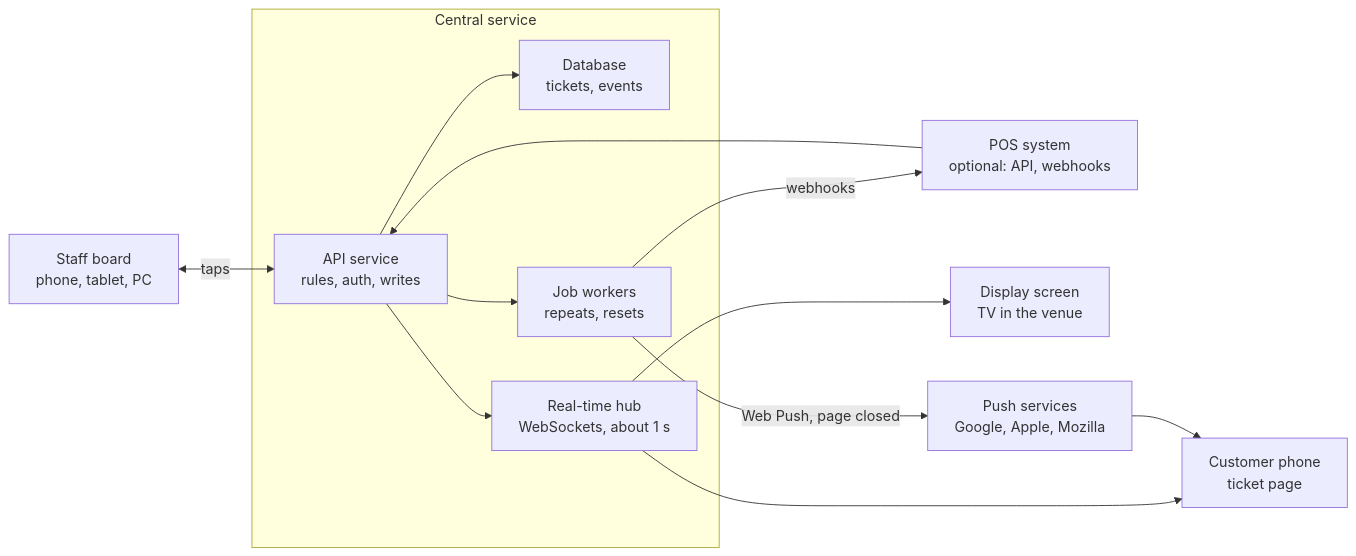
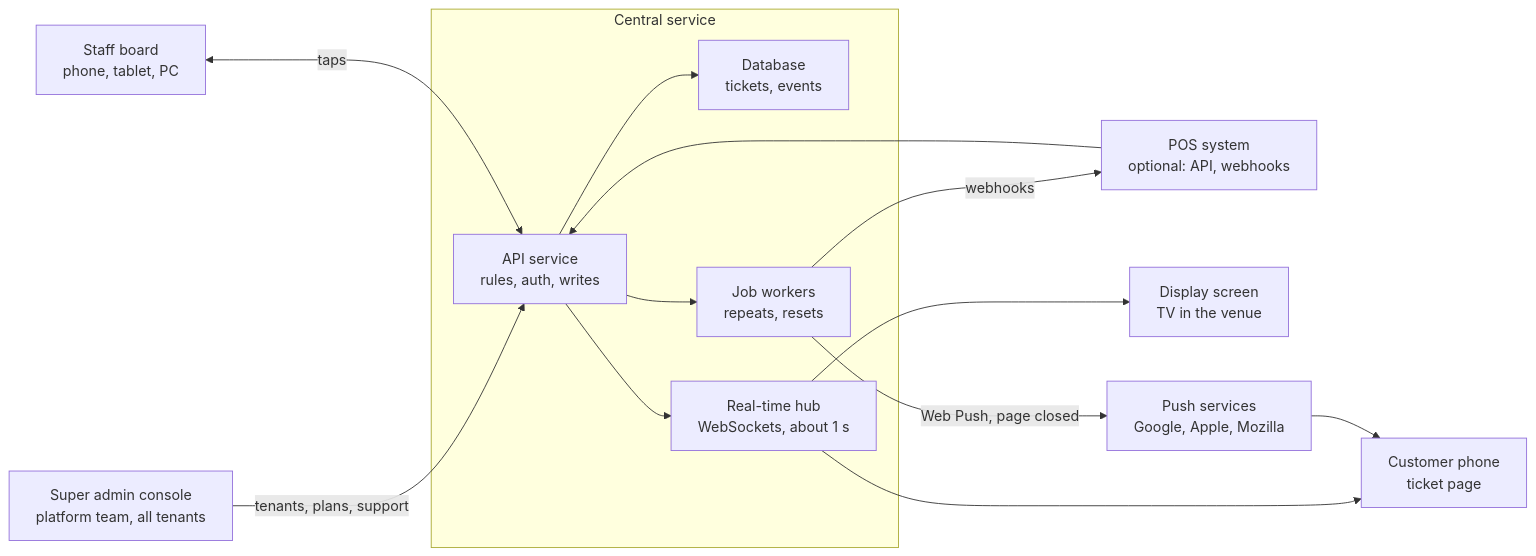
One commit to tarek9909/digital_ordering changed the second of 2 diagrams in Digital-Order-Pager-Concept.md. Above: the diagram before and after it, drawn with Mermaid. The commit also changed other lines of this file and 2 other files, not shown here.

First line of the commit message:
Add BRD and TRD; make concept multi-tenant with super admin

````diff
--- a/Digital-Order-Pager-Concept.md
+++ b/Digital-Order-Pager-Concept.md
@@ -446,25 +528,27 @@
 ```mermaid
 flowchart LR
+    SA["Super admin console<br/>platform team, all tenants"]
     Staff["Staff board<br/>phone, tablet, PC"]
     POS["POS system<br/>optional: API, webhooks"]
     subgraph Central["Central service"]
         API["API service<br/>rules, auth, writes"]
         DB["Database<br/>tickets, events"]
         Workers["Job workers<br/>repeats, resets"]
         Hub["Real-time hub<br/>WebSockets, about 1 s"]
     end
     Display["Display screen<br/>TV in the venue"]
     Phone["Customer phone<br/>ticket page"]
     Push["Push services<br/>Google, Apple, Mozilla"]
 
+    SA -->|tenants, plans, support| API
     Staff <-->|taps| API
     POS --> API
     Workers -->|webhooks| POS
     API --> DB
     API --> Workers
     API --> Hub
     Hub --> Display
     Hub --> Phone
     Workers -->|Web Push, page closed| Push
     Push --> Phone
 ```
````
